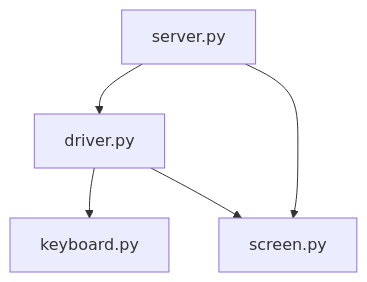
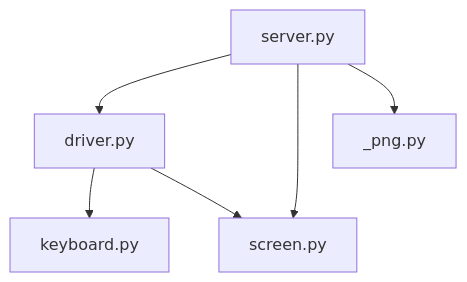
Before and after one commit to acscpt/beebjit-mcp: the third of 3 diagrams in docs/architecture.md, drawn with Mermaid. The commit also changed other lines of this file and 10 other files, not shown here.

````diff
--- a/docs/architecture.md
+++ b/docs/architecture.md
@@ -137,7 +138,8 @@
 ```mermaid
 flowchart TD
     S[server.py] --> D[driver.py]
     S --> SC[screen.py]
+    S --> P[_png.py]
     D --> K[keyboard.py]
     D --> SC
 ```
````
